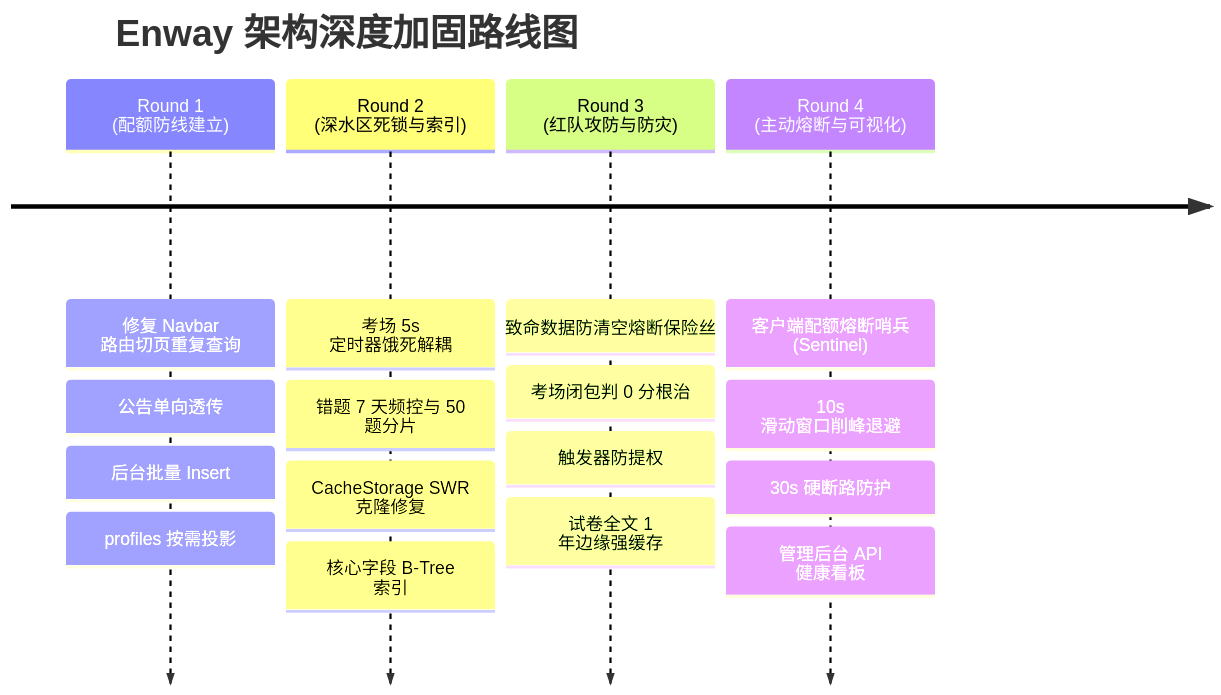
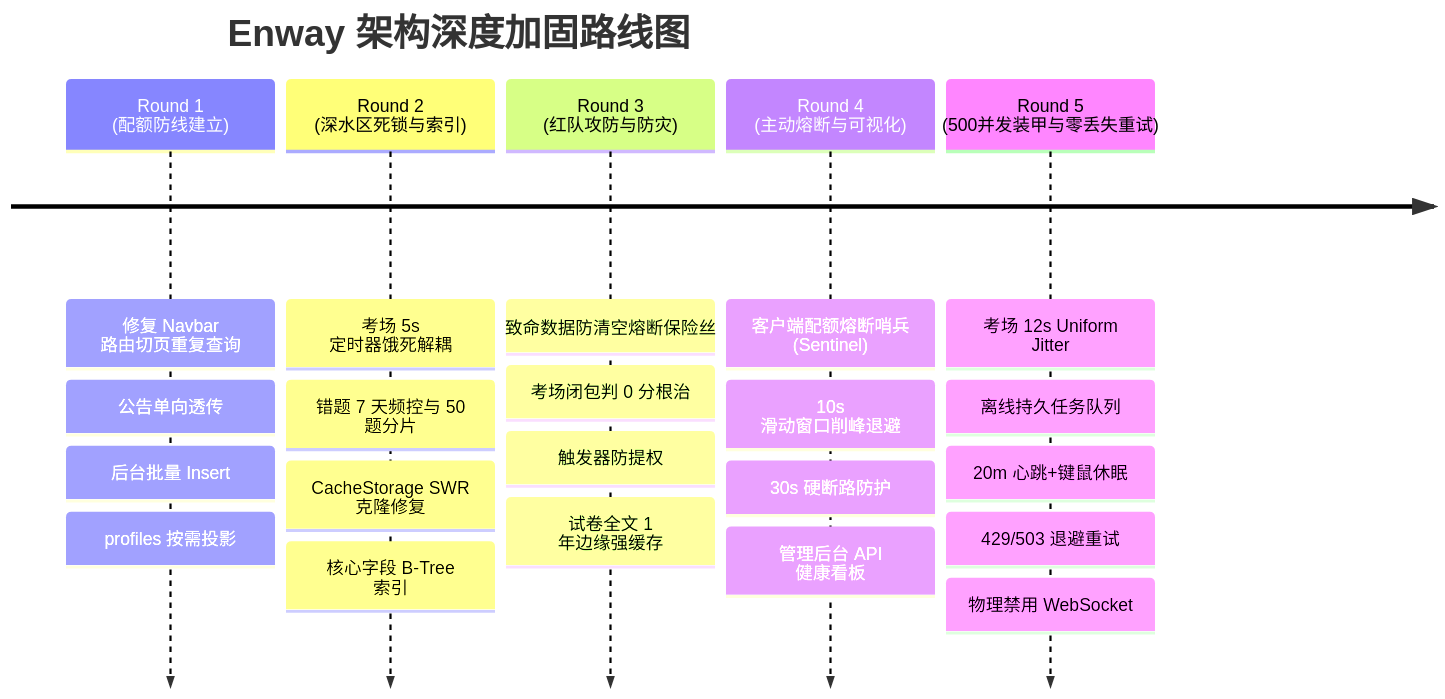
The first of 4 diagrams in docs/quota_and_security_architecture.md (en-way/supabase), drawn with Mermaid before and after one commit. The commit also changed other lines of this file and 11 other files, not shown here.

````diff
--- a/docs/quota_and_security_architecture.md
+++ b/docs/quota_and_security_architecture.md
@@ -42,8 +43,9 @@
 ```mermaid
 timeline
     title Enway 架构深度加固路线图
     Round 1 (配额防线建立) : 修复 Navbar 路由切页重复查询 : 公告单向透传 : 后台批量 Insert : profiles 按需投影
     Round 2 (深水区死锁与索引) : 考场 5s 定时器饿死解耦 : 错题 7 天频控与 50 题分片 : CacheStorage SWR 克隆修复 : 核心字段 B-Tree 索引
     Round 3 (红队攻防与防灾) : 致命数据防清空熔断保险丝 : 考场闭包判 0 分根治 : 触发器防提权 : 试卷全文 1 年边缘强缓存
     Round 4 (主动熔断与可视化) : 客户端配额熔断哨兵 (Sentinel) : 10s 滑动窗口削峰退避 : 30s 硬断路防护 : 管理后台 API 健康看板
+    Round 5 (500并发装甲与零丢失重试) : 考场 12s Uniform Jitter : 离线持久任务队列 : 20m 心跳+键鼠休眠 : 429/503 退避重试 : 物理禁用 WebSocket
 ```
````
